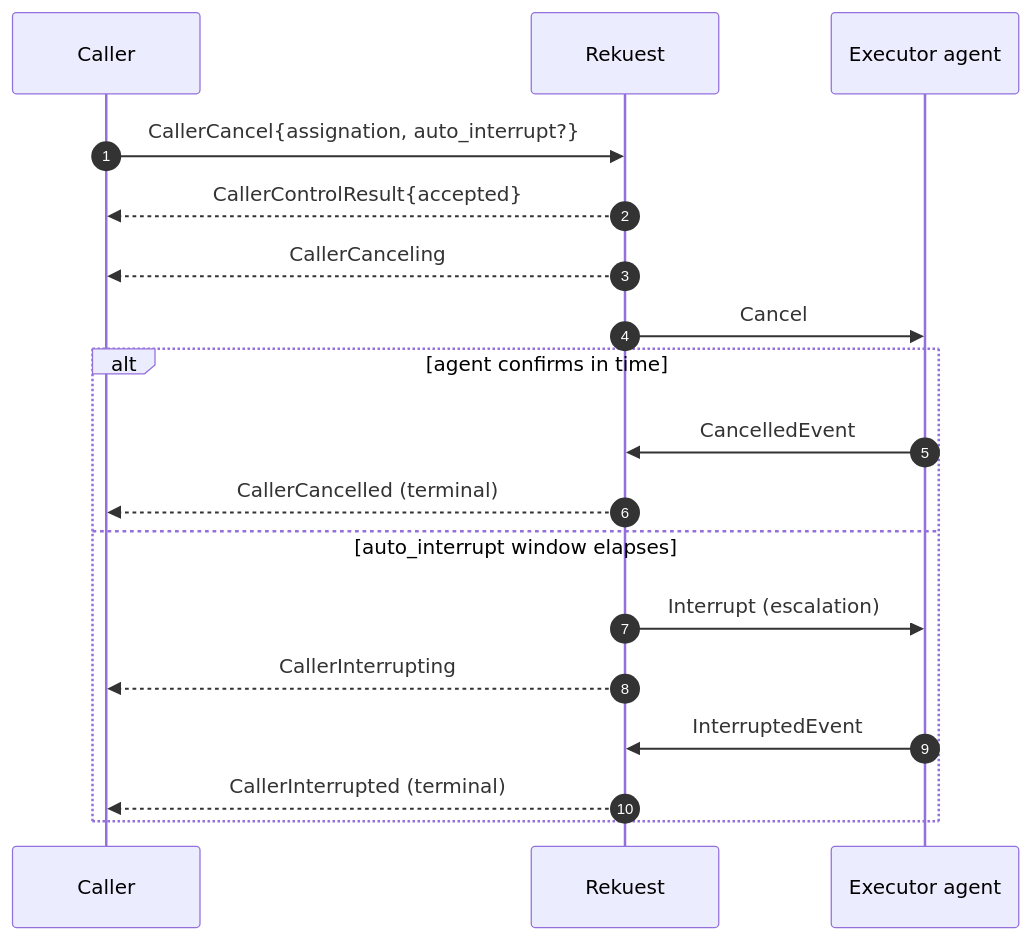
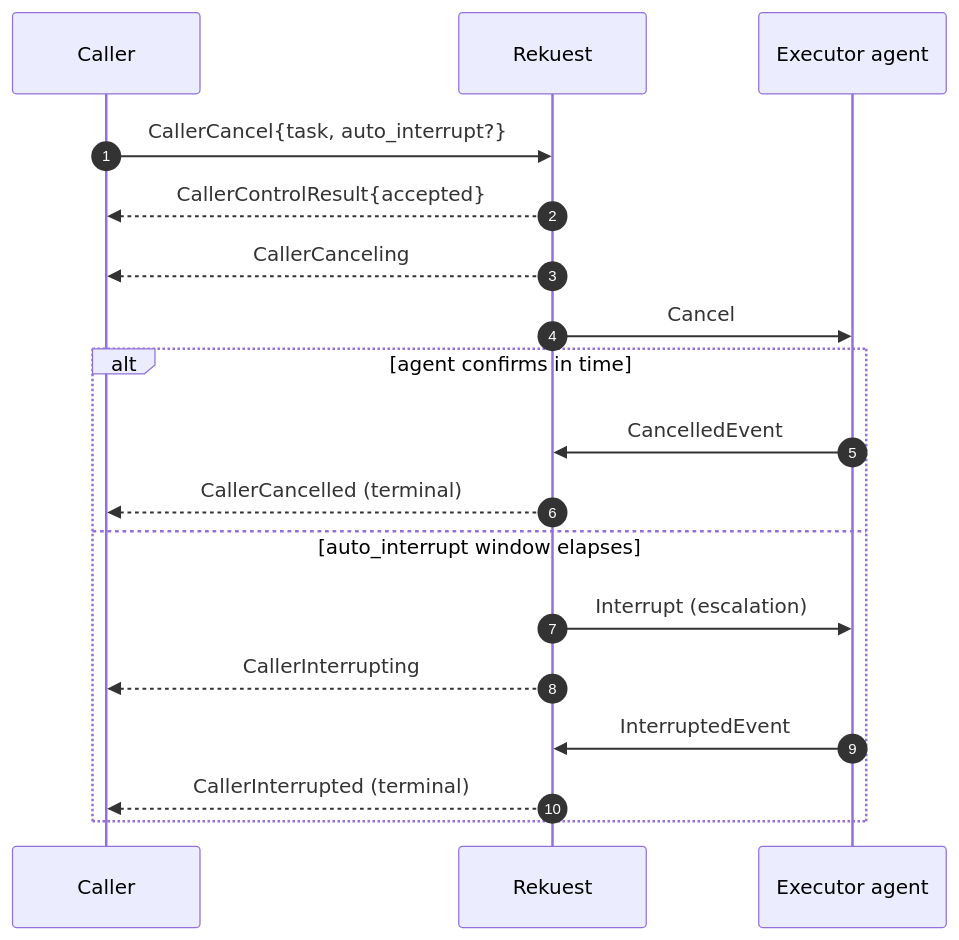
The second of 2 diagrams in docs/design/caller-protocol.md (arkitektio/rekuest-server-next), drawn with Mermaid before and after one commit. The commit also changed other lines of this file and 85 other files, not shown here.

````diff
--- a/docs/design/caller-protocol.md
+++ b/docs/design/caller-protocol.md
@@ -185,20 +185,20 @@
 ```mermaid
 sequenceDiagram
     autonumber
     participant C as Caller
     participant R as Rekuest
     participant E as Executor agent
-    C->>R: CallerCancel{assignation, auto_interrupt?}
+    C->>R: CallerCancel{task, auto_interrupt?}
     R-->>C: CallerControlResult{accepted}
     R-->>C: CallerCanceling
     R->>E: Cancel
     alt agent confirms in time
         E->>R: CancelledEvent
         R-->>C: CallerCancelled (terminal)
     else auto_interrupt window elapses
         R->>E: Interrupt (escalation)
         R-->>C: CallerInterrupting
         E->>R: InterruptedEvent
         R-->>C: CallerInterrupted (terminal)
     end
 ```
````
